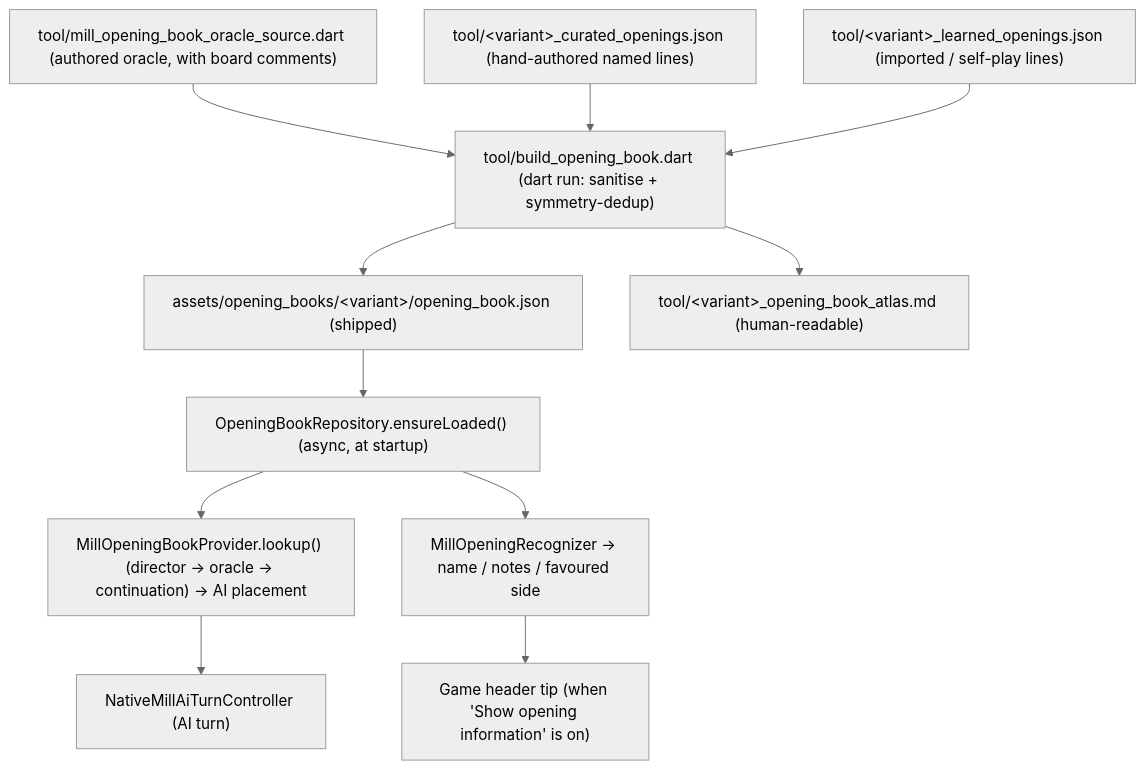
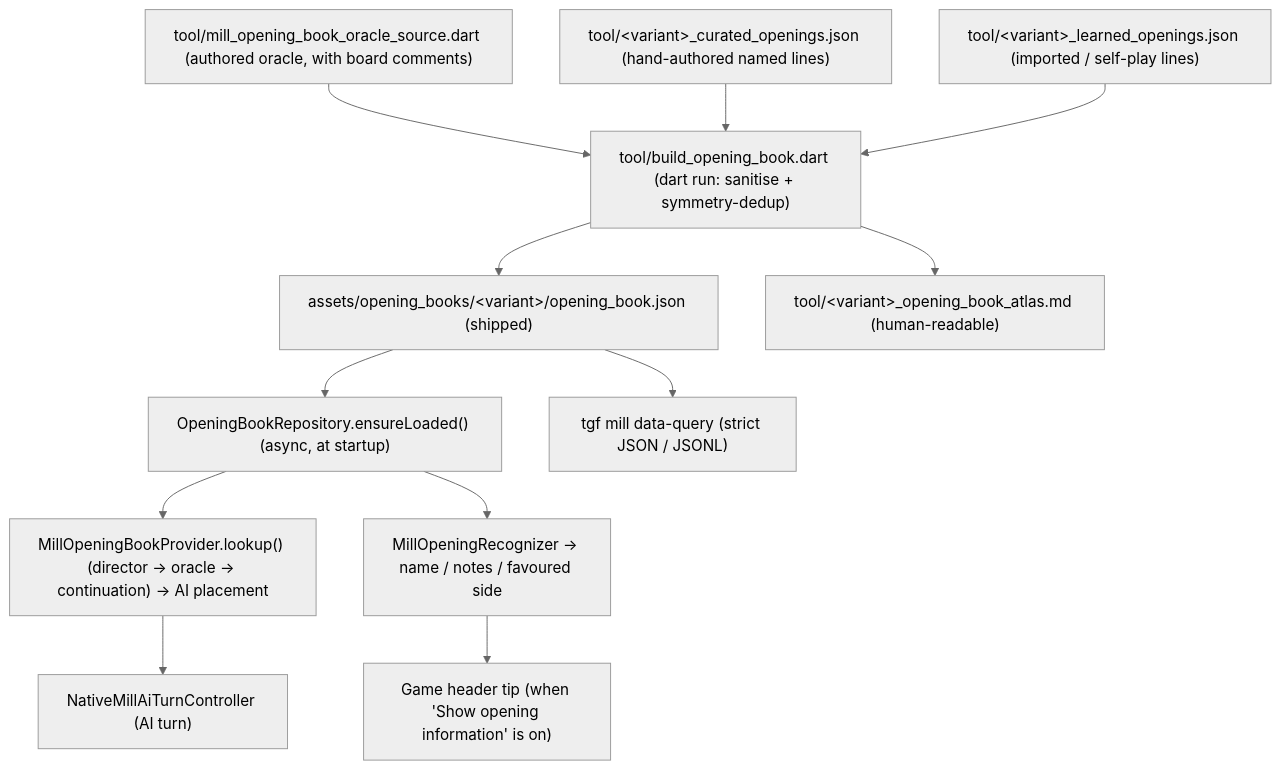
One commit to calcitem/Sanmill changed the diagram in docs/OPENING_BOOK.md. Above: the diagram before and after it, drawn with Mermaid (neutral theme). The commit also changed other lines of this file and 26 other files, not shown here.

First line of the commit message:
Add reproducible Mill data query APIs

````diff
--- a/docs/OPENING_BOOK.md
+++ b/docs/OPENING_BOOK.md
@@ -42,13 +44,14 @@
 ```mermaid
 flowchart TD
   OracleSrc["tool/mill_opening_book_oracle_source.dart (authored oracle, with board comments)"] --> Build
   Curated["tool/&lt;variant&gt;_curated_openings.json (hand-authored named lines)"] --> Build
   Learned["tool/&lt;variant&gt;_learned_openings.json (imported / self-play lines)"] --> Build
   Build["tool/build_opening_book.dart (dart run: sanitise + symmetry-dedup)"] --> Json["assets/opening_books/&lt;variant&gt;/opening_book.json (shipped)"]
   Build --> Atlas["tool/&lt;variant&gt;_opening_book_atlas.md (human-readable)"]
   Json --> Repo["OpeningBookRepository.ensureLoaded() (async, at startup)"]
+  Json --> Query["tgf mill data-query (strict JSON / JSONL)"]
   Repo --> Provider["MillOpeningBookProvider.lookup() (director -> oracle -> continuation) -> AI placement"]
   Repo --> Recognizer["MillOpeningRecognizer -> name / notes / favoured side"]
   Provider --> AiTurn["NativeMillAiTurnController (AI turn)"]
   Recognizer --> Header["Game header tip (when 'Show opening information' is on)"]
 ```
````
